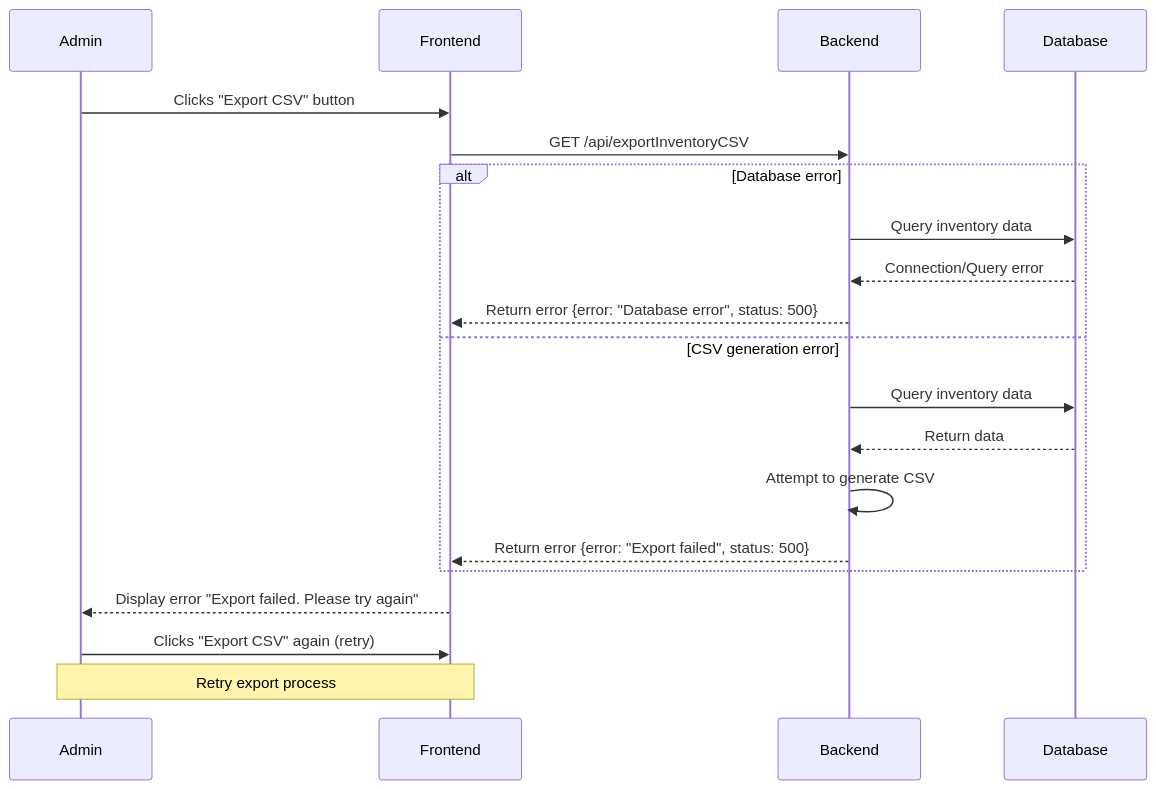
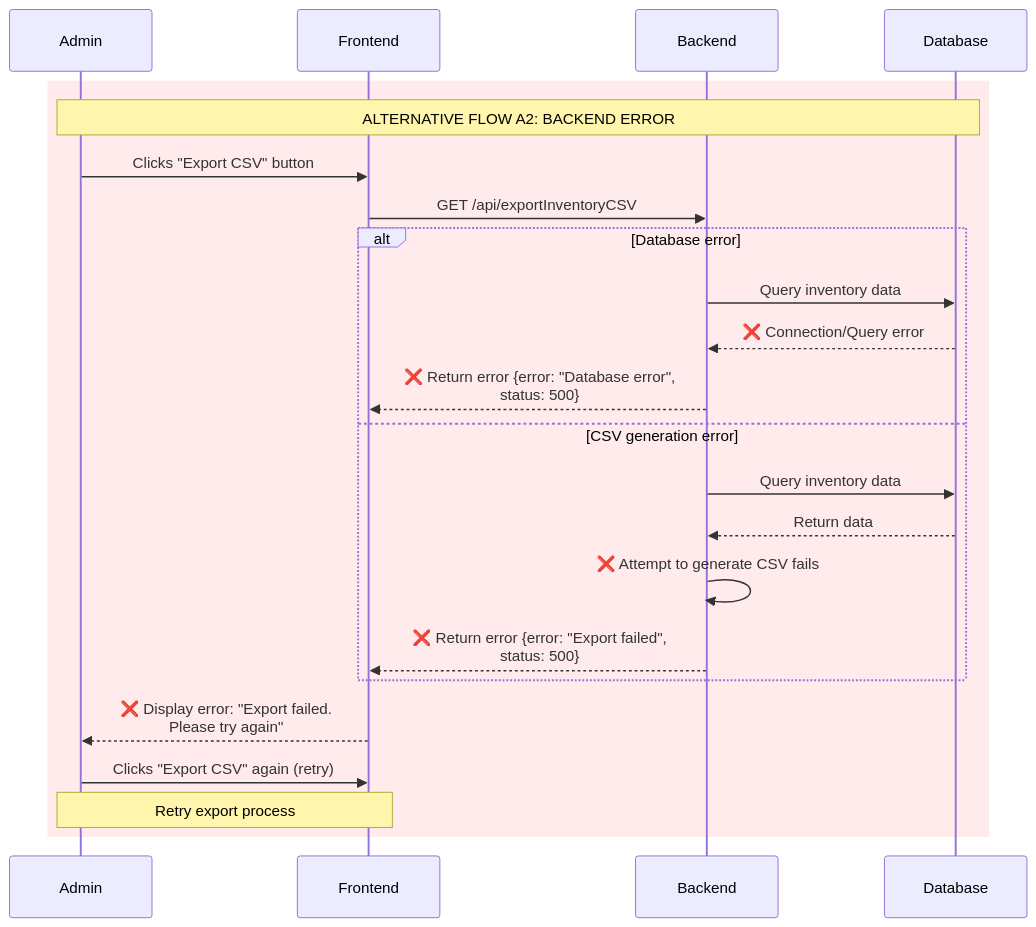
The eighth of 9 diagrams in UML_Sequence_Diagram_Inventory_CSV.md (phuongloannn/bicycle-web-FE), drawn with Mermaid before and after one commit. The commit also changed other lines of this file, not shown here.

````diff
--- a/UML_Sequence_Diagram_Inventory_CSV.md
+++ b/UML_Sequence_Diagram_Inventory_CSV.md
@@ -255,26 +287,30 @@
 ```mermaid
 sequenceDiagram
-    participant Admin
-    participant Frontend
-    participant Backend
-    participant Database
+    participant Admin as Admin
+    participant Frontend as Frontend
+    participant Backend as Backend
+    participant Database as Database
 
-    Admin->>Frontend: Clicks "Export CSV" button
-    Frontend->>Backend: GET /api/exportInventoryCSV
-    
-    alt Database error
-        Backend->>Database: Query inventory data
-        Database-->>Backend: Connection/Query error
-        Backend-->>Frontend: Return error {error: "Database error", status: 500}
-    else CSV generation error
-        Backend->>Database: Query inventory data
-        Database-->>Backend: Return data
-        Backend->>Backend: Attempt to generate CSV
-        Backend-->>Frontend: Return error {error: "Export failed", status: 500}
+    rect rgb(255, 235, 235)
+        Note over Admin,Database: ALTERNATIVE FLOW A2: BACKEND ERROR
+        
+        Admin->>Frontend: Clicks "Export CSV" button
+        Frontend->>Backend: GET /api/exportInventoryCSV
+        
+        alt Database error
+            Backend->>Database: Query inventory data
+            Database-->>Backend: ❌ Connection/Query error
+            Backend-->>Frontend: ❌ Return error {error: "Database error",<br/>status: 500}
+        else CSV generation error
+            Backend->>Database: Query inventory data
+            Database-->>Backend: Return data
+            Backend->>Backend: ❌ Attempt to generate CSV fails
+            Backend-->>Frontend: ❌ Return error {error: "Export failed",<br/>status: 500}
+        end
+        
+        Frontend-->>Admin: ❌ Display error: "Export failed.<br/>Please try again"
+        
+        Admin->>Frontend: Clicks "Export CSV" again (retry)
+        Note over Admin,Frontend: Retry export process
     end
-    
-    Frontend-->>Admin: Display error "Export failed. Please try again"
-    
-    Admin->>Frontend: Clicks "Export CSV" again (retry)
-    Note over Admin,Frontend: Retry export process
 ```
````
